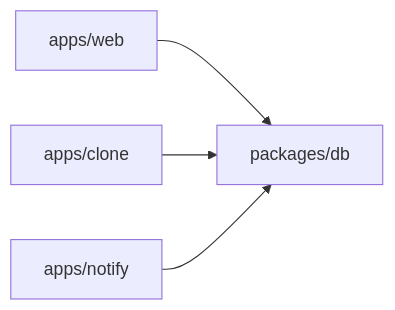
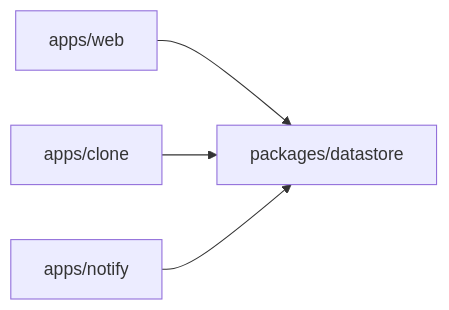
Before and after one commit to masseater/nicolens: the first of 2 diagrams in docs/superpowers/specs/2026-04-11-watch-webhook-design.md, drawn with Mermaid. The commit also changed other lines of this file and 1 other file, not shown here.

Commit message:
docs: rename packages/db to packages/datastore

````diff
--- a/docs/superpowers/specs/2026-04-11-watch-webhook-design.md
+++ b/docs/superpowers/specs/2026-04-11-watch-webhook-design.md
@@ -31,6 +31,6 @@
 ```mermaid
 flowchart LR
-    Web[apps/web] --> DB[packages/db]
+    Web[apps/web] --> DB[packages/datastore]
     Clone[apps/clone] --> DB
     Notify[apps/notify] --> DB
 ```
````
